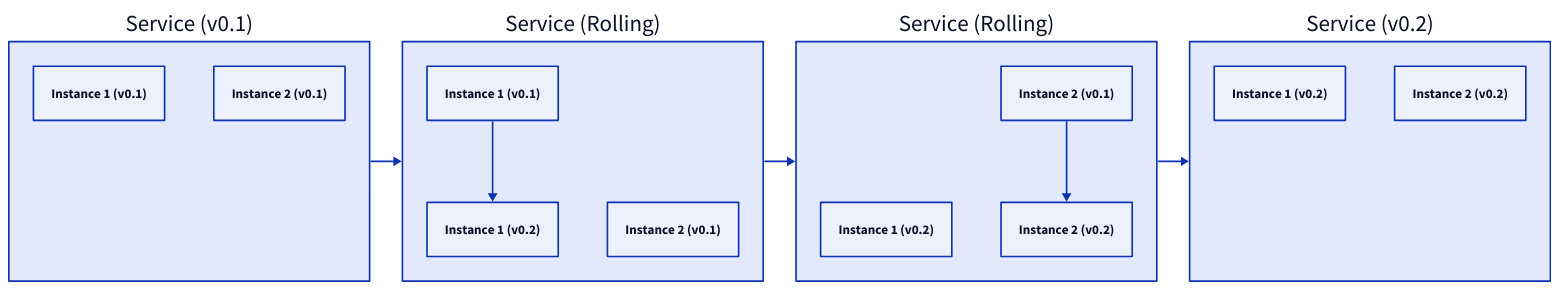
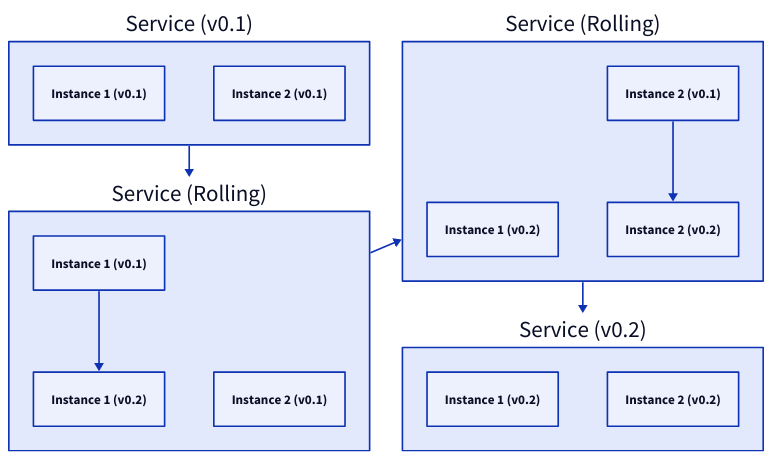
Before and after one commit to link1905/system-design-101: the seventh of 9 diagrams in content/docs/system-administration/system-deployment/deployment-strategies.md, drawn with D2. The commit also changed other lines of this file and 9 other files, not shown here.

````diff
--- a/content/docs/system-administration/system-deployment/deployment-strategies.md
+++ b/content/docs/system-administration/system-deployment/deployment-strategies.md
@@ -204,44 +208,44 @@
 ```d2
-grid-columns: 4
+grid-columns: 2
 s1: "Service (v0.1)" {
     i1: "Instance 1 (v0.1)" {
       class: server
     }
     i2: "Instance 2 (v0.1)" {
       class: server
     }
 }
 s2: "Service (Rolling)" {
     i1: "Instance 1 (v0.1)" {
       class: generic-error
     }
     i1n: "Instance 1 (v0.2)" {
       class: server
     }
     i2: "Instance 2 (v0.1)" {
       class: server
     }
     i1 -> i1n
 }
 s3: "Service (Rolling)" {
   i1: "Instance 1 (v0.2)" {
     class: server
   }
   i2: "Instance 2 (v0.1)" {
     class: generic-error
   }
   i2n: "Instance 2 (v0.2)" {
     class: server
   }
   i2 -> i2n
 }
 s4: "Service (v0.2)" {
   i1: "Instance 1 (v0.2)" {
     class: server
   }
   i2: "Instance 2 (v0.2)" {
     class: server
   }
 }
 s1 -> s2 -> s3 -> s4
 ```
````
